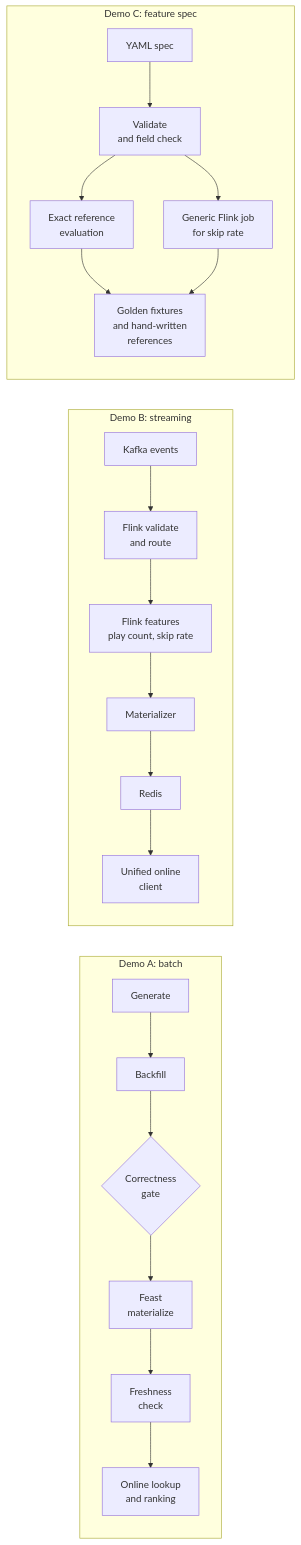
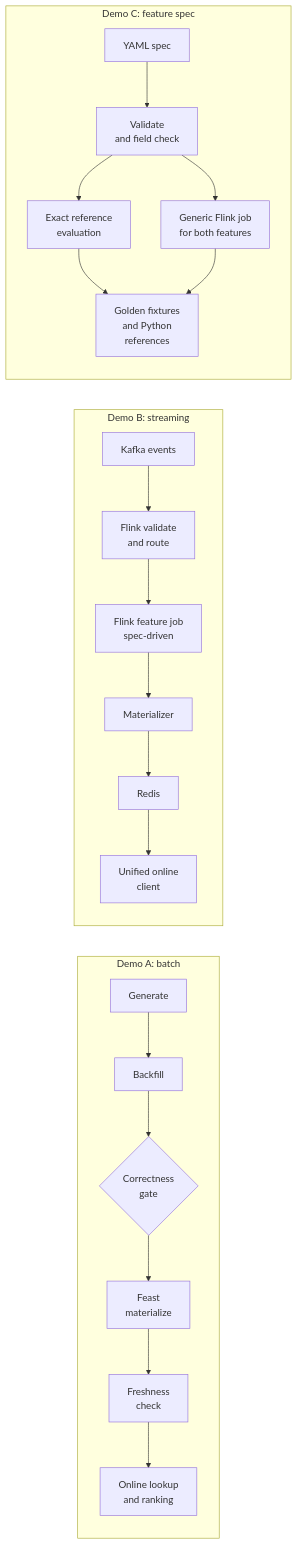
The diagram in docs/demo.md (oster-dev/featureforge), drawn with Mermaid before and after one commit. The commit also changed other lines of this file and 15 other files, not shown here.

First line of the commit message:
refactor: remove the hand-written feature jobs (#27)

````diff
--- a/docs/demo.md
+++ b/docs/demo.md
@@ -13,13 +13,13 @@
 ```mermaid
 flowchart LR
     subgraph A["Demo A: batch"]
         A1[Generate] --> A2[Backfill] --> A3{Correctness<br/>gate} --> A4[Feast<br/>materialize] --> A5[Freshness<br/>check] --> A6[Online lookup<br/>and ranking]
     end
     subgraph B["Demo B: streaming"]
-        B1[Kafka events] --> B2[Flink validate<br/>and route] --> B3[Flink features<br/>play count, skip rate] --> B4[Materializer] --> B5[Redis] --> B6[Unified online<br/>client]
+        B1[Kafka events] --> B2[Flink validate<br/>and route] --> B3[Flink feature job<br/>spec-driven] --> B4[Materializer] --> B5[Redis] --> B6[Unified online<br/>client]
     end
     subgraph C["Demo C: feature spec"]
-        C1[YAML spec] --> C2[Validate<br/>and field check] --> C3[Exact reference<br/>evaluation] --> C4[Golden fixtures<br/>and hand-written<br/>references]
-        C2 --> C5[Generic Flink job<br/>for skip rate] --> C4
+        C1[YAML spec] --> C2[Validate<br/>and field check] --> C3[Exact reference<br/>evaluation] --> C4[Golden fixtures<br/>and Python<br/>references]
+        C2 --> C5[Generic Flink job<br/>for both features] --> C4
     end
 ```
````
